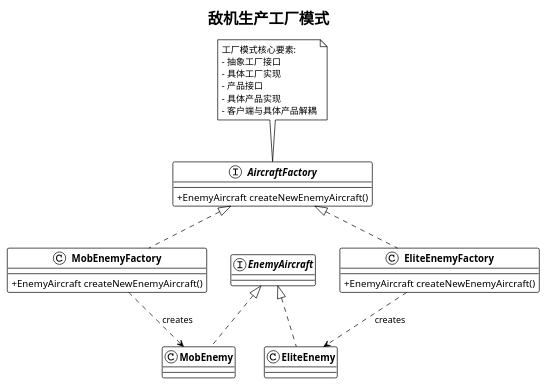
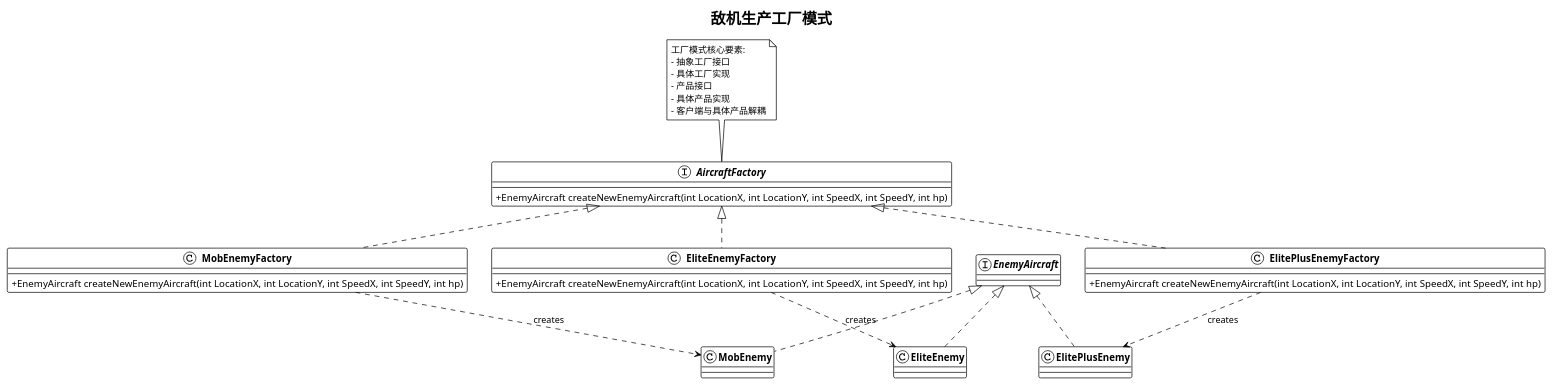
Before and after one commit to lxtf1216/AircraftWar: the diagram in uml/AircraftFactoryPattern.puml, drawn with PlantUML. The commit also changed 6 other files, not shown here.

```diff
--- a/uml/AircraftFactoryPattern.puml
+++ b/uml/AircraftFactoryPattern.puml
@@ -1,41 +1,51 @@
 @startuml AircraftFactoryPattern
 
 !theme plain
 skinparam classAttributeIconSize 0
 skinparam classFontStyle bold
 
 title 敌机生产工厂模式
 
 interface AircraftFactory {
-    + EnemyAircraft createNewEnemyAircraft()
+    + EnemyAircraft createNewEnemyAircraft(int LocationX, int LocationY, int SpeedX, int SpeedY, int hp)
 }
 
 class MobEnemyFactory {
-    + EnemyAircraft createNewEnemyAircraft()
+    + EnemyAircraft createNewEnemyAircraft(int LocationX, int LocationY, int SpeedX, int SpeedY, int hp)
 }
 
 class EliteEnemyFactory {
-    + EnemyAircraft createNewEnemyAircraft()
+    + EnemyAircraft createNewEnemyAircraft(int LocationX, int LocationY, int SpeedX, int SpeedY, int hp)
+}
+
+class ElitePlusEnemyFactory {
+    + EnemyAircraft createNewEnemyAircraft(int LocationX, int LocationY, int SpeedX, int SpeedY, int hp)
 }
 
 interface EnemyAircraft {
 }
 
 class MobEnemy {
 }
 
 class EliteEnemy {
 }
 
+class ElitePlusEnemy {
+}
+
 AircraftFactory <|.. MobEnemyFactory
 AircraftFactory <|.. EliteEnemyFactory
+AircraftFactory <|.. ElitePlusEnemyFactory
 
 EnemyAircraft <|.. MobEnemy
 EnemyAircraft <|.. EliteEnemy
+EnemyAircraft <|.. ElitePlusEnemy
 
 MobEnemyFactory ..> MobEnemy : creates
 EliteEnemyFactory ..> EliteEnemy : creates
+ElitePlusEnemyFactory ..> ElitePlusEnemy : creates
 
 note top of AircraftFactory : 工厂模式核心要素:\n- 抽象工厂接口\n- 具体工厂实现\n- 产品接口\n- 具体产品实现\n- 客户端与具体产品解耦
 
 @enduml
```
